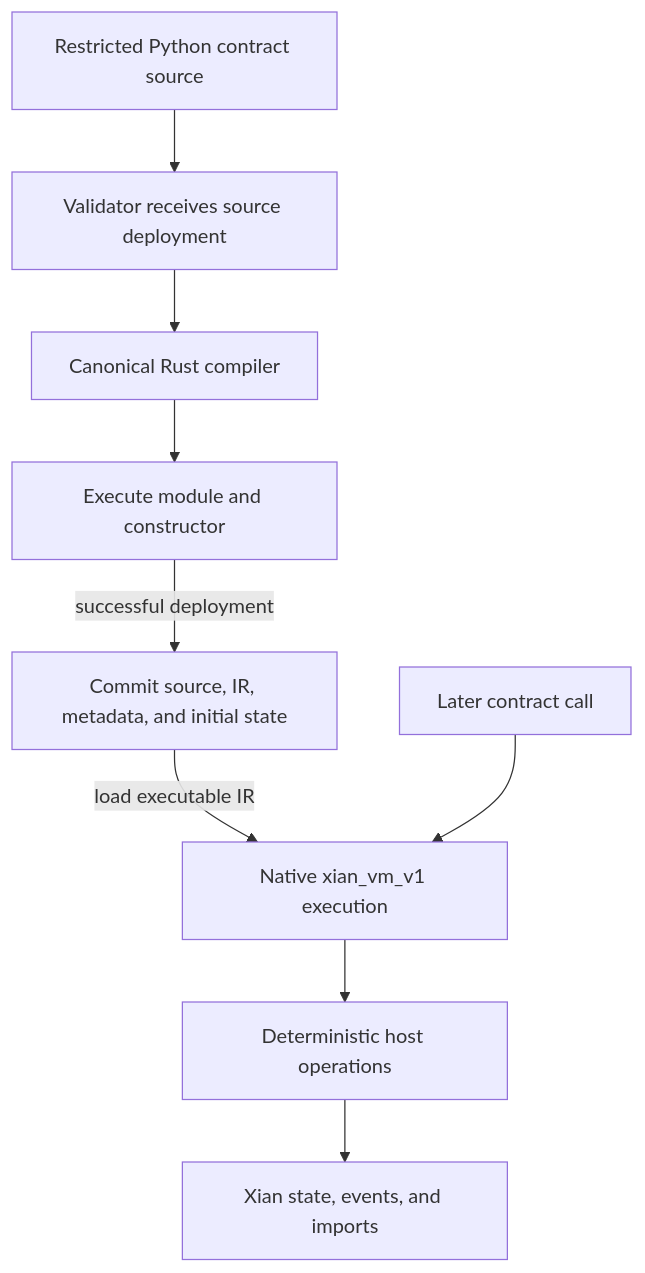
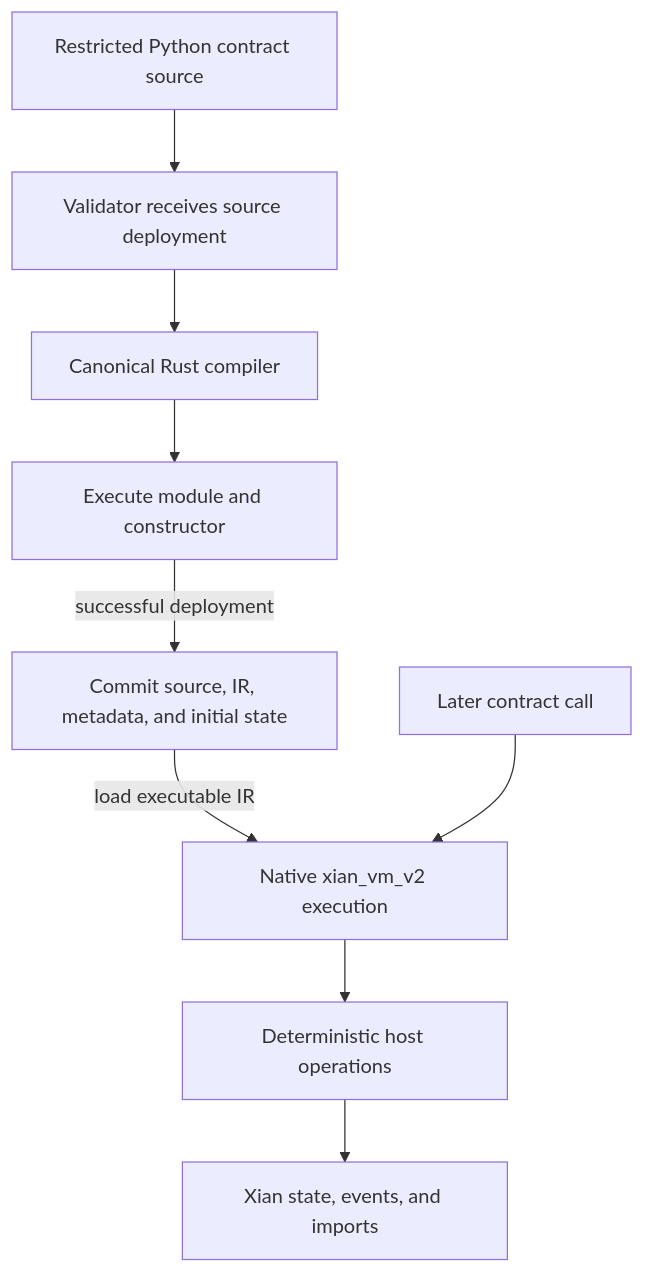
The diagram in concepts/xian-vm.md (xian-technology/xian-docs-web), drawn with Mermaid before and after one commit. The commit also changed other lines of this file and 61 other files, not shown here.

````diff
--- a/concepts/xian-vm.md
+++ b/concepts/xian-vm.md
@@ -167,19 +80,19 @@
 ```mermaid
 flowchart TD
   Source["Restricted Python contract source"]
   Admission["Validator receives source deployment"]
   Compiler["Canonical Rust compiler"]
   Constructor["Execute module and constructor"]
   Stored["Commit source, IR, metadata, and initial state"]
   Call["Later contract call"]
-  VM["Native xian_vm_v1 execution"]
+  VM["Native xian_vm_v2 execution"]
   Host["Deterministic host operations"]
   State["Xian state, events, and imports"]
 
   Source --> Admission --> Compiler --> Constructor
   Constructor -->|successful deployment| Stored
   Stored -->|load executable IR| VM
   Call --> VM
   VM --> Host
   Host --> State
 ```
````
